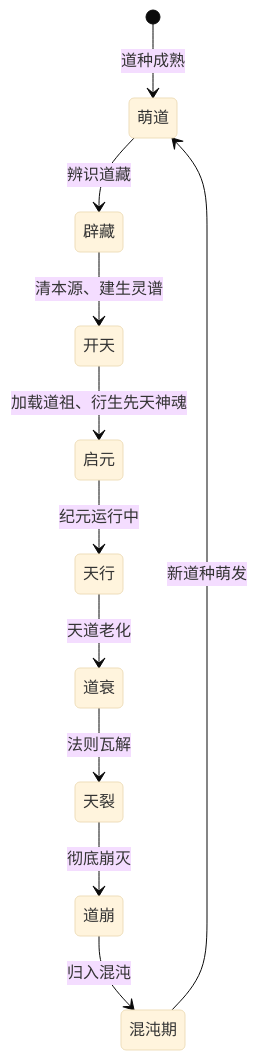
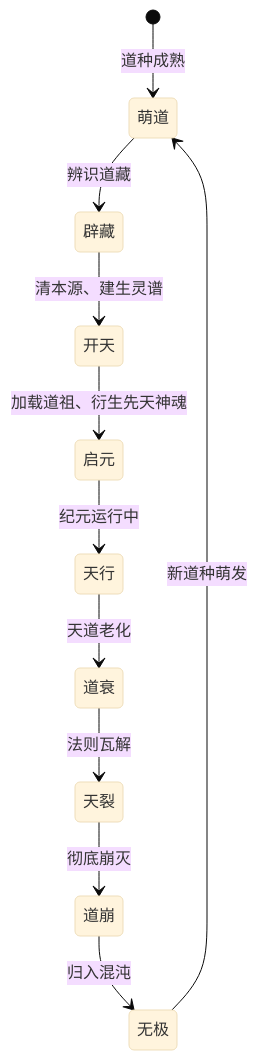
One commit to mrbeardad/SeeCheatSheets changed the first of 2 diagrams in myworld.md. Above: the diagram before and after it, drawn with Mermaid (base theme). The commit also changed other lines of this file and 1 other file, not shown here.

````diff
--- a/myworld.md
+++ b/myworld.md
@@ -147,13 +279,13 @@
 ```mermaid
 stateDiagram-v2
     [*] --> 萌道: 道种成熟
     萌道 --> 辟藏: 辨识道藏
     辟藏 --> 开天: 清本源、建生灵谱
     开天 --> 启元: 加载道祖、衍生先天神魂
     启元 --> 天行: 纪元运行中
     天行 --> 道衰: 天道老化
     道衰 --> 天裂: 法则瓦解
     天裂 --> 道崩: 彻底崩灭
-    道崩 --> 混沌期: 归入混沌
-    混沌期 --> 萌道: 新道种萌发
+    道崩 --> 无极: 归入混沌
+    无极 --> 萌道: 新道种萌发
 ```
````
